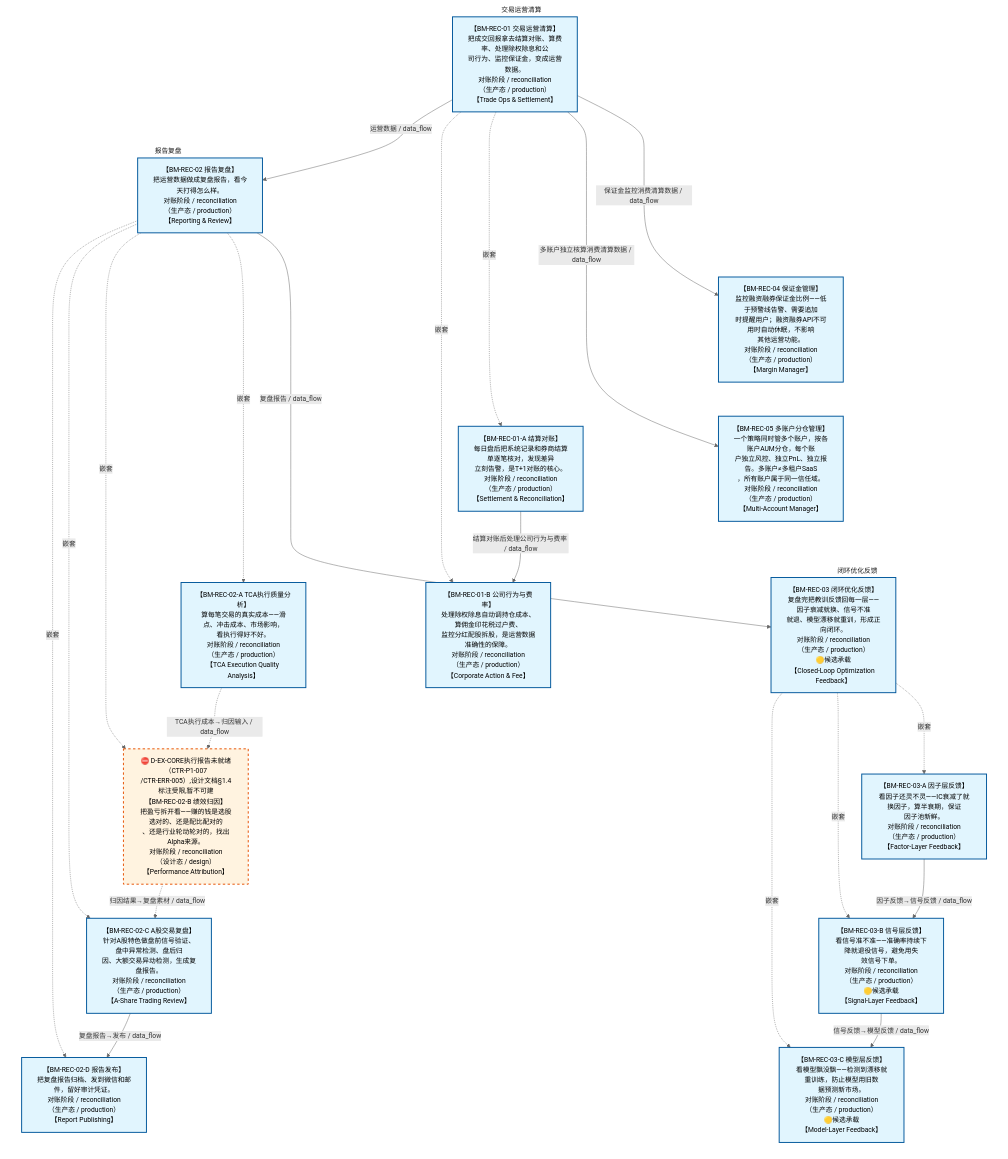
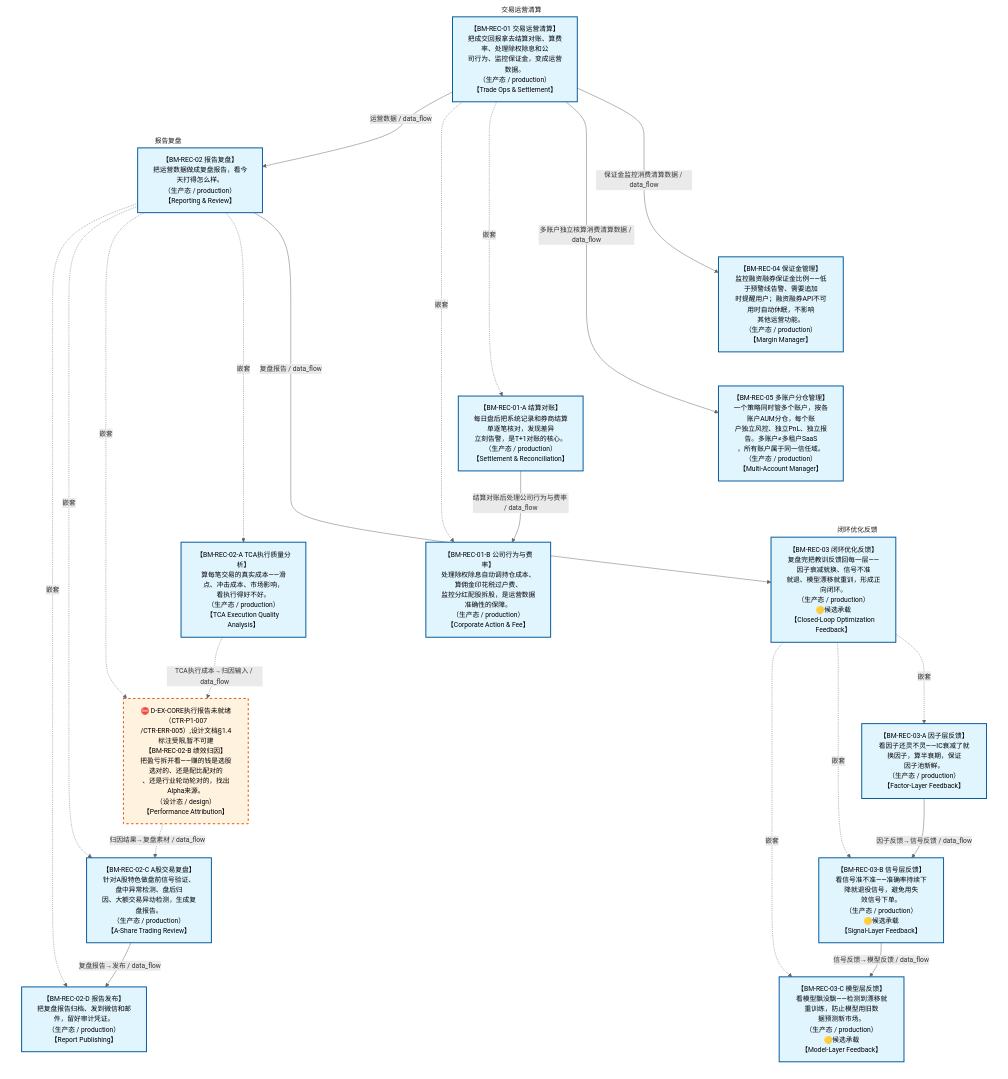
The diagram in docs/02_enterprise_architecture/07_trading_decision_architecture/battle_map/battle_map_11_reconciliation.md (xuanFelixVan/ZephyrAlpha), drawn with Mermaid before and after one commit. The commit also changed other lines of this file and 1 other file, not shown here.

Commit message:
feat(battle_map): 对账阶段新增9个子环节丰富作战全景图
依据依赖图设计文档（TRAE-083设计意图真源）将对账阶段作战完整流程
加入数据库作战全景图：

- BM-REC-01 交易运营清算 拆2子：结算对账(MOD-TRADING-003) +
  公司行为与费率(MOD-TRADING-004)
- BM-REC-02 报告复盘 拆4子：TCA执行质量分析(MOD-L07-001) +
  绩效归因(MOD-RPT-015/planned) + A股交易复盘(MOD-RPT-026/027) +
  报告发布(MOD-RPT-003)
- BM-REC-03 闭环优化反馈 拆3子：因子层反馈(MOD-L02-004/production) +
  信号层反馈(父覆盖) + 模型层反馈(D_ML_TRAIN不在白名单,父覆盖)

DB变更：+9子环节 +9锚点(anchor_id 111-119) +6数据流边(edge_id 69-74)
YAML同步：module_translation_registry.yaml 补9子环节完整叙事
对齐验证：align_battle_map.py 0问题（孤儿/幽灵/缺失叙事/悬空边/域漂移/父子嵌套全0）

依据铁律：TRAE-083双源对比 + 四问过滤 + BM-INV-006父子一致性 +
域白名单(D_TRADING/D_REPORTING/D_FACTOR allowed, D_ML_TRAIN不在白名单)

[GW:rec_substeps]
[GW:rec_substeps:overlap]

````diff
--- a/docs/02_enterprise_architecture/07_trading_decision_architecture/battle_map/battle_map_11_reconciliation.md
+++ b/docs/02_enterprise_architecture/07_trading_decision_architecture/battle_map/battle_map_11_reconciliation.md
@@ -38,54 +38,54 @@
 ```mermaid
 %%{init: {'theme': 'base', 'themeVariables': {'primaryColor': '#eaeaea', 'primaryTextColor': '#333333', 'primaryBorderColor': '#666666', 'lineColor': '#666666', 'secondaryColor': '#eaeaea', 'tertiaryColor': '#eaeaea', 'clusterBkg': 'transparent', 'clusterBorder': 'transparent', 'fontSize': '14px'}}}%%
 %% 对账阶段图
 flowchart TD
     subgraph sg_BM_REC_01 ["交易运营清算"]
-        BM_REC_01["【BM-REC-01 交易运营清算】<br/>把成交回报拿去结算对账、算费率、处理除权除息和公<br/>司行为、监控保证金，变成运营数据。<br/>对账阶段 / reconciliation<br/>（生产态 / production）<br/>【Trade Ops &amp; Settlement】"]
-        BM_REC_01_A["【BM-REC-01-A 结算对账】<br/>每日盘后把系统记录和券商结算单逐笔核对，发现差异<br/>立刻告警，是T+1对账的核心。<br/>对账阶段 / reconciliation<br/>（生产态 / production）<br/>【Settlement &amp; Reconciliation】"]
-        BM_REC_01_B["【BM-REC-01-B 公司行为与费率】<br/>处理除权除息自动调持仓成本、算佣金印花税过户费、<br/>监控分红配股拆股，是运营数据准确性的保障。<br/>对账阶段 / reconciliation<br/>（生产态 / production）<br/>【Corporate Action &amp; Fee】"]
+        BM_REC_01["【BM-REC-01 交易运营清算】<br/>把成交回报拿去结算对账、算费率、处理除权除息和公<br/>司行为、监控保证金，变成运营数据。<br/>（生产态 / production）<br/>【Trade Ops &amp; Settlement】"]
+        BM_REC_01_A["【BM-REC-01-A 结算对账】<br/>每日盘后把系统记录和券商结算单逐笔核对，发现差异<br/>立刻告警，是T+1对账的核心。<br/>（生产态 / production）<br/>【Settlement &amp; Reconciliation】"]
+        BM_REC_01_B["【BM-REC-01-B 公司行为与费率】<br/>处理除权除息自动调持仓成本、算佣金印花税过户费、<br/>监控分红配股拆股，是运营数据准确性的保障。<br/>（生产态 / production）<br/>【Corporate Action &amp; Fee】"]
         BM_REC_01 -.->|嵌套| BM_REC_01_A
         BM_REC_01 -.->|嵌套| BM_REC_01_B
     end
     subgraph sg_BM_REC_02 ["报告复盘"]
-        BM_REC_02["【BM-REC-02 报告复盘】<br/>把运营数据做成复盘报告，看今天打得怎么样。<br/>对账阶段 / reconciliation<br/>（生产态 / production）<br/>【Reporting &amp; Review】"]
-        BM_REC_02_A["【BM-REC-02-A TCA执行质量分析】<br/>算每笔交易的真实成本——滑点、冲击成本、市场影响，<br/>看执行得好不好。<br/>对账阶段 / reconciliation<br/>（生产态 / production）<br/>【TCA Execution Quality Analysis】"]
-        BM_REC_02_B["⛔ D-EX-CORE执行报告未就绪（CTR-P1-007<br/>/CTR-ERR-005）,设计文档§1.4标注受限,暂不可建<br/>【BM-REC-02-B 绩效归因】<br/>把盈亏拆开看——赚的钱是选股选对的、还是配比配对的<br/>、还是行业轮动轮对的，找出Alpha来源。<br/>对账阶段 / reconciliation<br/>（设计态 / design）<br/>【Performance Attribution】"]
-        BM_REC_02_C["【BM-REC-02-C A股交易复盘】<br/>针对A股特色做盘前信号验证、盘中异常检测、盘后归<br/>因、大额交易异动检测，生成复盘报告。<br/>对账阶段 / reconciliation<br/>（生产态 / production）<br/>【A-Share Trading Review】"]
-        BM_REC_02_D["【BM-REC-02-D 报告发布】<br/>把复盘报告归档、发到微信和邮件，留好审计凭证。<br/>对账阶段 / reconciliation<br/>（生产态 / production）<br/>【Report Publishing】"]
+        BM_REC_02["【BM-REC-02 报告复盘】<br/>把运营数据做成复盘报告，看今天打得怎么样。<br/>（生产态 / production）<br/>【Reporting &amp; Review】"]
+        BM_REC_02_A["【BM-REC-02-A TCA执行质量分析】<br/>算每笔交易的真实成本——滑点、冲击成本、市场影响，<br/>看执行得好不好。<br/>（生产态 / production）<br/>【TCA Execution Quality Analysis】"]
+        BM_REC_02_B["⛔ D-EX-CORE执行报告未就绪（CTR-P1-007<br/>/CTR-ERR-005）,设计文档§1.4标注受限,暂不可建<br/>【BM-REC-02-B 绩效归因】<br/>把盈亏拆开看——赚的钱是选股选对的、还是配比配对的<br/>、还是行业轮动轮对的，找出Alpha来源。<br/>（设计态 / design）<br/>【Performance Attribution】"]
+        BM_REC_02_C["【BM-REC-02-C A股交易复盘】<br/>针对A股特色做盘前信号验证、盘中异常检测、盘后归<br/>因、大额交易异动检测，生成复盘报告。<br/>（生产态 / production）<br/>【A-Share Trading Review】"]
+        BM_REC_02_D["【BM-REC-02-D 报告发布】<br/>把复盘报告归档、发到微信和邮件，留好审计凭证。<br/>（生产态 / production）<br/>【Report Publishing】"]
         BM_REC_02 -.->|嵌套| BM_REC_02_A
         BM_REC_02 -.->|嵌套| BM_REC_02_B
         BM_REC_02 -.->|嵌套| BM_REC_02_C
         BM_REC_02 -.->|嵌套| BM_REC_02_D
     end
     subgraph sg_BM_REC_03 ["闭环优化反馈"]
-        BM_REC_03["【BM-REC-03 闭环优化反馈】<br/>复盘完把教训反馈回每一层——因子衰减就换、信号不准<br/>就退、模型漂移就重训，形成正向闭环。<br/>对账阶段 / reconciliation<br/>（生产态 / production）<br/>🟡候选承载<br/>【Closed-Loop Optimization Feedback】"]
-        BM_REC_03_A["【BM-REC-03-A 因子层反馈】<br/>看因子还灵不灵——IC衰减了就换因子，算半衰期，保证<br/>因子池新鲜。<br/>对账阶段 / reconciliation<br/>（生产态 / production）<br/>【Factor-Layer Feedback】"]
-        BM_REC_03_B["【BM-REC-03-B 信号层反馈】<br/>看信号准不准——准确率持续下降就退役信号，避免用失<br/>效信号下单。<br/>对账阶段 / reconciliation<br/>（生产态 / production）<br/>🟡候选承载<br/>【Signal-Layer Feedback】"]
-        BM_REC_03_C["【BM-REC-03-C 模型层反馈】<br/>看模型飘没飘——检测到漂移就重训练，防止模型用旧数<br/>据预测新市场。<br/>对账阶段 / reconciliation<br/>（生产态 / production）<br/>🟡候选承载<br/>【Model-Layer Feedback】"]
+        BM_REC_03["【BM-REC-03 闭环优化反馈】<br/>复盘完把教训反馈回每一层——因子衰减就换、信号不准<br/>就退、模型漂移就重训，形成正向闭环。<br/>（生产态 / production）<br/>🟡候选承载<br/>【Closed-Loop Optimization Feedback】"]
+        BM_REC_03_A["【BM-REC-03-A 因子层反馈】<br/>看因子还灵不灵——IC衰减了就换因子，算半衰期，保证<br/>因子池新鲜。<br/>（生产态 / production）<br/>【Factor-Layer Feedback】"]
+        BM_REC_03_B["【BM-REC-03-B 信号层反馈】<br/>看信号准不准——准确率持续下降就退役信号，避免用失<br/>效信号下单。<br/>（生产态 / production）<br/>🟡候选承载<br/>【Signal-Layer Feedback】"]
+        BM_REC_03_C["【BM-REC-03-C 模型层反馈】<br/>看模型飘没飘——检测到漂移就重训练，防止模型用旧数<br/>据预测新市场。<br/>（生产态 / production）<br/>🟡候选承载<br/>【Model-Layer Feedback】"]
         BM_REC_03 -.->|嵌套| BM_REC_03_A
         BM_REC_03 -.->|嵌套| BM_REC_03_B
         BM_REC_03 -.->|嵌套| BM_REC_03_C
     end
-    BM_REC_04["【BM-REC-04 保证金管理】<br/>监控融资融券保证金比例——低于预警线告警、需要追加<br/>时提醒用户；融资融券API不可用时自动休眠，不影响<br/>其他运营功能。<br/>对账阶段 / reconciliation<br/>（生产态 / production）<br/>【Margin Manager】"]
-    BM_REC_05["【BM-REC-05 多账户分仓管理】<br/>一个策略同时管多个账户，按各账户AUM分仓，每个账<br/>户独立风控、独立PnL、独立报告。多账户≠多租户SaaS<br/>，所有账户属于同一信任域。<br/>对账阶段 / reconciliation<br/>（生产态 / production）<br/>【Multi-Account Manager】"]
+    BM_REC_04["【BM-REC-04 保证金管理】<br/>监控融资融券保证金比例——低于预警线告警、需要追加<br/>时提醒用户；融资融券API不可用时自动休眠，不影响<br/>其他运营功能。<br/>（生产态 / production）<br/>【Margin Manager】"]
+    BM_REC_05["【BM-REC-05 多账户分仓管理】<br/>一个策略同时管多个账户，按各账户AUM分仓，每个账<br/>户独立风控、独立PnL、独立报告。多账户≠多租户SaaS<br/>，所有账户属于同一信任域。<br/>（生产态 / production）<br/>【Multi-Account Manager】"]
     BM_REC_01 ~~~ BM_REC_01_A ~~~ BM_REC_02_A ~~~ BM_REC_03_A
     BM_REC_02 ~~~ BM_REC_04 ~~~ BM_REC_05 ~~~ BM_REC_01_B ~~~ BM_REC_02_B ~~~ BM_REC_03_B
     BM_REC_03 ~~~ BM_REC_02_C ~~~ BM_REC_03_C
     BM_REC_01 -->|运营数据 / data_flow| BM_REC_02
     BM_REC_02 -->|复盘报告 / data_flow| BM_REC_03
     BM_REC_01 -->|保证金监控消费清算数据 / data_flow| BM_REC_04
     BM_REC_01 -->|多账户独立核算消费清算数据 / data_flow| BM_REC_05
     BM_REC_01_A -->|结算对账后处理公司行为与费率 / data_flow| BM_REC_01_B
     BM_REC_02_A -.->|TCA执行成本→归因输入 / data_flow| BM_REC_02_B
     BM_REC_02_B -.->|归因结果→复盘素材 / data_flow| BM_REC_02_C
     BM_REC_02_C -->|复盘报告→发布 / data_flow| BM_REC_02_D
     BM_REC_03_A -->|因子反馈→信号反馈 / data_flow| BM_REC_03_B
     BM_REC_03_B -->|信号反馈→模型反馈 / data_flow| BM_REC_03_C
 classDef production fill:#e1f5fe,stroke:#01579b,stroke-width:2px,color:#000
 classDef design fill:#fff3e0,stroke:#e65100,stroke-width:2px,color:#000,stroke-dasharray: 5 5
 classDef deprecated fill:#ffebee,stroke:#c62828,stroke-width:2px,color:#000
 classDef missing fill:#eeeeee,stroke:#9e9e9e,stroke-width:2px,color:#000
 classDef candidate fill:#fffde7,stroke:#f9a825,stroke-width:2px,color:#000,stroke-dasharray: 5 5
     class BM_REC_01,BM_REC_02,BM_REC_03,BM_REC_04,BM_REC_05,BM_REC_01_A,BM_REC_01_B,BM_REC_02_A,BM_REC_02_C,BM_REC_02_D,BM_REC_03_A,BM_REC_03_B,BM_REC_03_C production
     class BM_REC_02_B design
 ```
````
